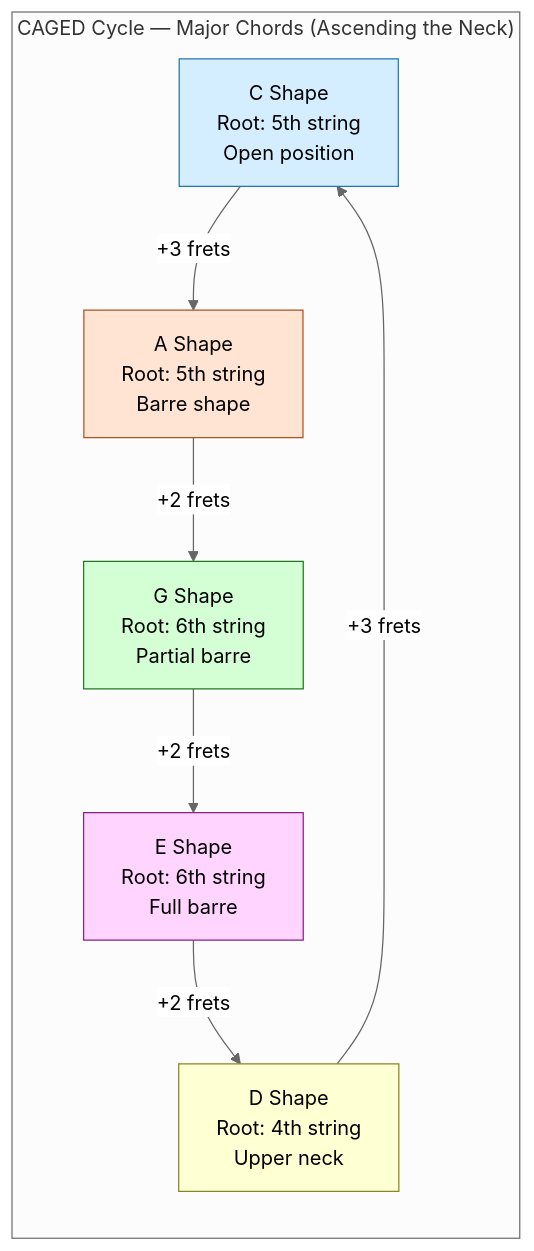
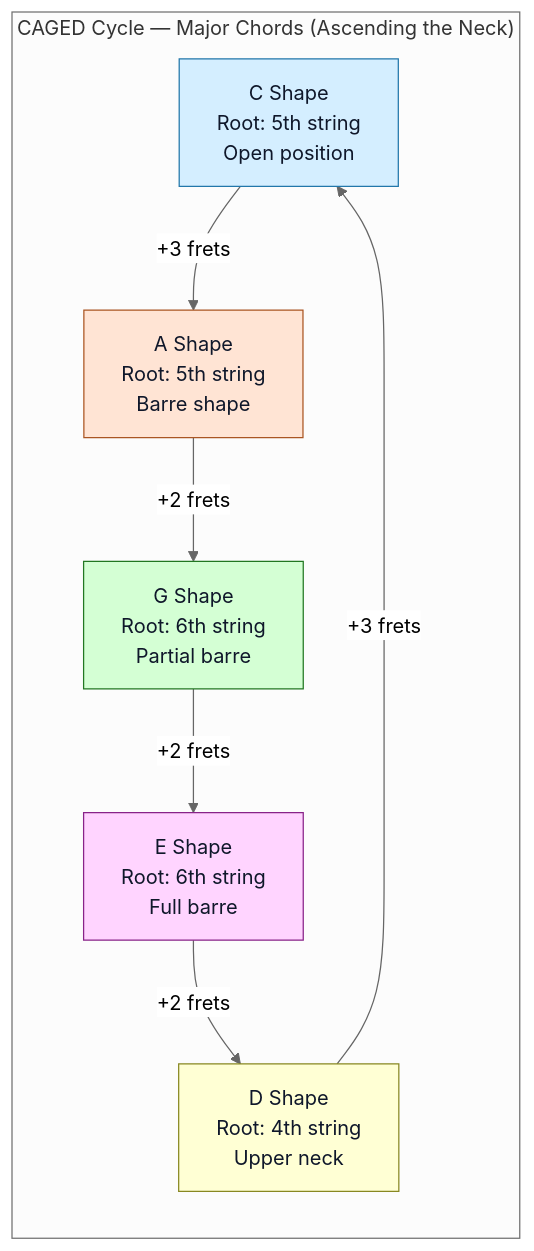
One commit to blebleblee/synapse changed the first of 8 diagrams in topics/arts/music_performance/acoustic_guitar/lesson_02_chords_and_strumming.md. Above: the diagram before and after it, drawn with Mermaid (neutral theme). The commit also changed other lines of this file and 1464 other files, not shown here.

Commit message:
feat(release): curriculum vector mermaid upgrade, render hardening, and master synpack

````diff
--- a/topics/arts/music_performance/acoustic_guitar/lesson_02_chords_and_strumming.md
+++ b/topics/arts/music_performance/acoustic_guitar/lesson_02_chords_and_strumming.md
@@ -67,22 +67,22 @@
 ```mermaid
 graph LR
     subgraph sub_caged ["CAGED Cycle — Major Chords (Ascending the Neck)"]
         C["C Shape<br/>Root: 5th string<br/>Open position"]
         A["A Shape<br/>Root: 5th string<br/>Barre shape"]
         G["G Shape<br/>Root: 6th string<br/>Partial barre"]
         E["E Shape<br/>Root: 6th string<br/>Full barre"]
         D["D Shape<br/>Root: 4th string<br/>Upper neck"]
     end
 
     C -->|"+3 frets"| A
     A -->|"+2 frets"| G
     G -->|"+2 frets"| E
     E -->|"+2 frets"| D
     D -->|"+3 frets"| C
 
-    style C fill:#d4eeff,stroke:#2277aa
-    style A fill:#ffe4d4,stroke:#aa5522
-    style G fill:#d4ffd4,stroke:#227722
-    style E fill:#ffd4ff,stroke:#882288
-    style D fill:#ffffd4,stroke:#888822
+    style C fill:#d4eeff,stroke:#2277aa,color:#0f172a
+    style A fill:#ffe4d4,stroke:#aa5522,color:#0f172a
+    style G fill:#d4ffd4,stroke:#227722,color:#0f172a
+    style E fill:#ffd4ff,stroke:#882288,color:#0f172a
+    style D fill:#ffffd4,stroke:#888822,color:#0f172a
 ```
````
